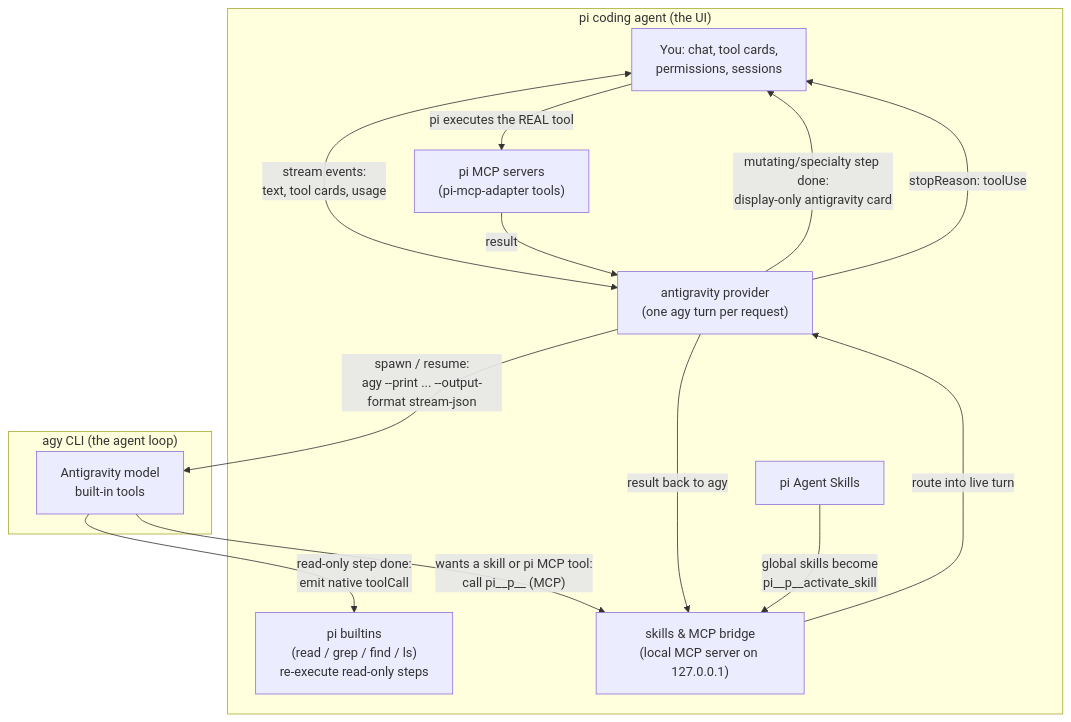
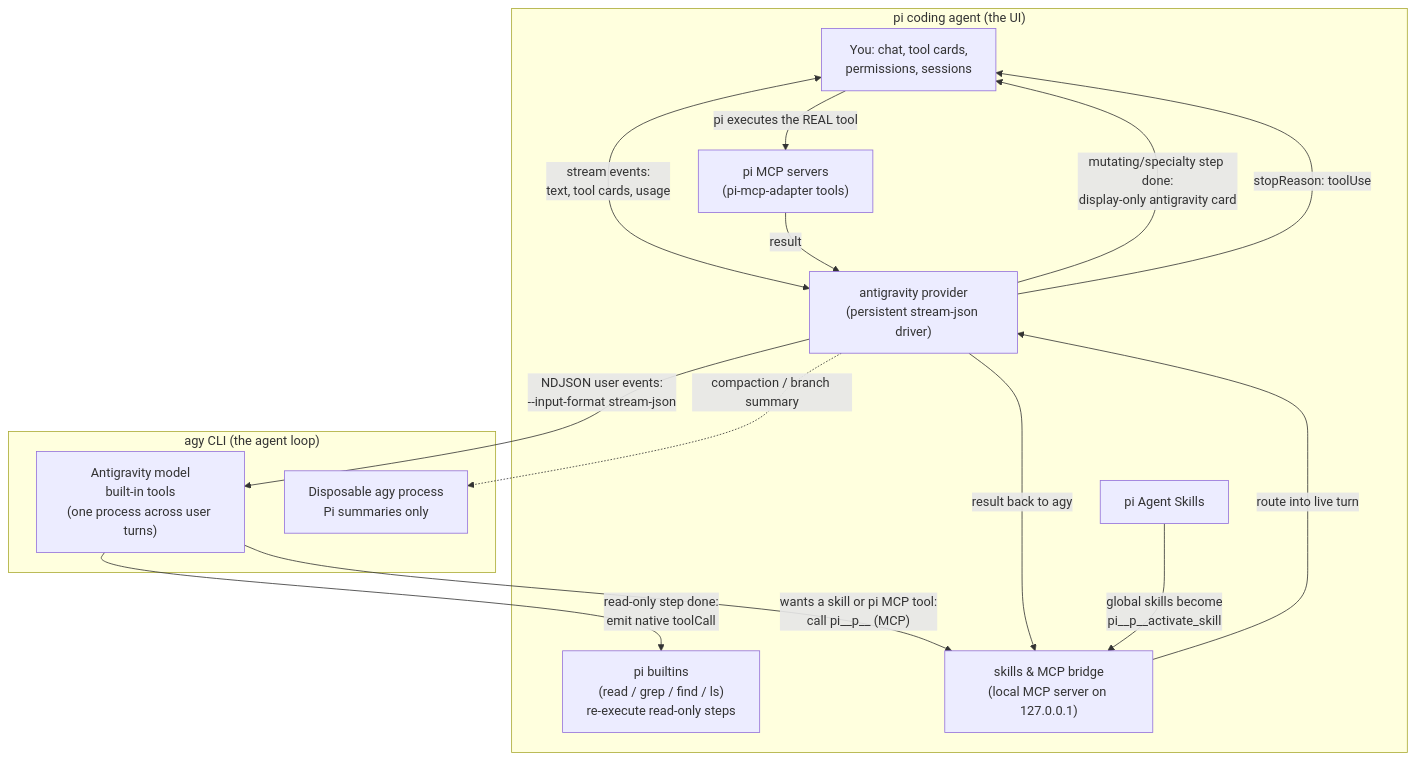
Before and after one commit to TianZuo555/pi-extensions: the diagram in packages/pi-antigravity/README.md, drawn with Mermaid. The commit also changed other lines of this file and 31 other files, not shown here.

Commit message:
feat(pi-antigravity): adopt persistent agy driver

````diff
--- a/packages/pi-antigravity/README.md
+++ b/packages/pi-antigravity/README.md
@@ -18,27 +20,29 @@
 ```mermaid
 flowchart TB
     subgraph pi["pi coding agent (the UI)"]
         UI["You: chat, tool cards,\npermissions, sessions"]
-        Prov["antigravity provider\n(one agy turn per request)"]
+        Prov["antigravity provider\n(persistent stream-json driver)"]
         Native["pi builtins\n(read / grep / find / ls)\nre-execute read-only steps"]
         Bridge["skills & MCP bridge\n(local MCP server on 127.0.0.1)"]
         Skills["pi Agent Skills"]
         Mcp["pi MCP servers\n(pi-mcp-adapter tools)"]
     end
 
     subgraph agy["agy CLI (the agent loop)"]
-        Agent["Antigravity model\nbuilt-in tools"]
+        Agent["Antigravity model\nbuilt-in tools\n(one process across user turns)"]
+        Summary["Disposable agy process\nPi summaries only"]
     end
 
     UI <-- "stream events:\ntext, tool cards, usage" --> Prov
-    Prov -- "spawn / resume:\nagy --print ... --output-format stream-json" --> Agent
+    Prov -- "NDJSON user events:\n--input-format stream-json" --> Agent
+    Prov -. "compaction / branch summary" .-> Summary
     Agent -- "read-only step done:\nemit native toolCall" --> Native
     Prov -- "mutating/specialty step done:\ndisplay-only antigravity card" --> UI
     Agent -- "wants a skill or pi MCP tool:\ncall pi__p<pid>__<name> (MCP)" --> Bridge
     Bridge -- "route into live turn" --> Prov
     Prov -- "stopReason: toolUse" --> UI
     UI -- "pi executes the REAL tool" --> Mcp
     Mcp -- "result" --> Prov
     Prov -- "result back to agy" --> Bridge
     Skills -- "global skills become\npi__p<pid>__activate_skill" --> Bridge
 ```
````
